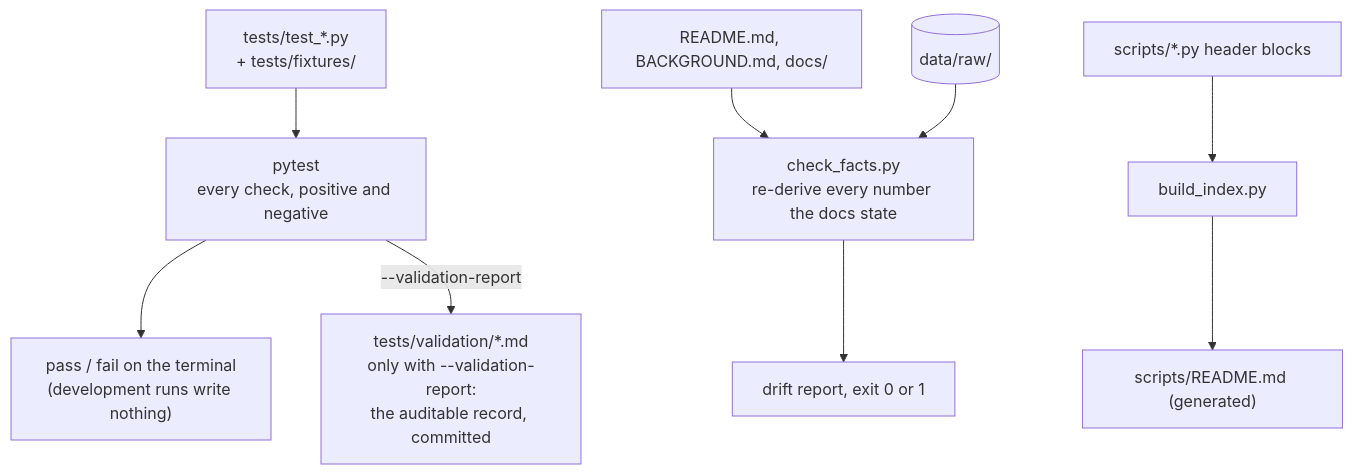
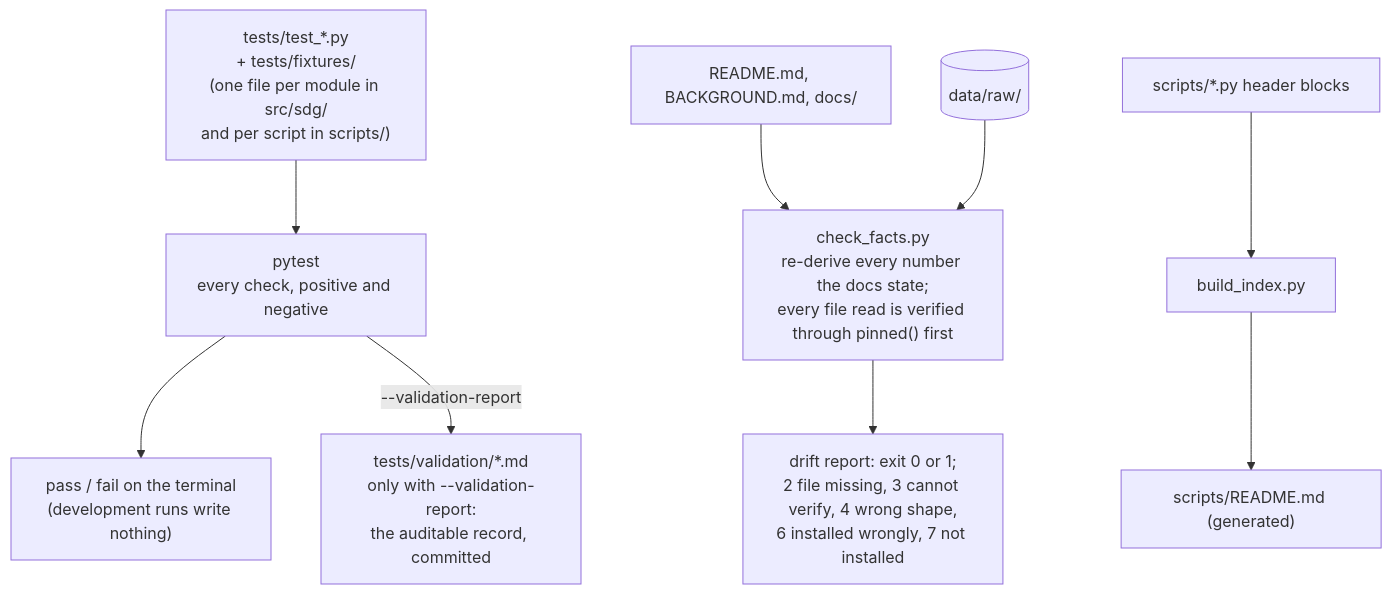
Before and after one commit to delos001/study-definition-graph: the fourth of 4 diagrams in docs/code_map.md, drawn with Mermaid. The commit also changed other lines of this file and 2 other files, not shown here.

````diff
--- a/docs/code_map.md
+++ b/docs/code_map.md
@@ -95,23 +95,23 @@
 ```mermaid
 flowchart TD
-    testfiles["tests/test_*.py<br/>+ tests/fixtures/"]
+    testfiles["tests/test_*.py<br/>+ tests/fixtures/<br/>(one file per module in src/sdg/<br/>and per script in scripts/)"]
     pytest["pytest<br/>every check, positive and negative"]
     terminal["pass / fail on the terminal<br/>(development runs write nothing)"]
     record["tests/validation/*.md<br/>only with --validation-report:<br/>the auditable record, committed"]
 
     docs["README.md, BACKGROUND.md, docs/"]
     raw[("data/raw/")]
-    facts["check_facts.py<br/>re-derive every number the docs state"]
-    factsout["drift report, exit 0 or 1"]
+    facts["check_facts.py<br/>re-derive every number the docs state;<br/>every file read is verified through pinned() first"]
+    factsout["drift report: exit 0 or 1;<br/>2 file missing, 3 cannot verify, 4 wrong shape,<br/>6 installed wrongly, 7 not installed"]
 
     headers["scripts/*.py header blocks"]
     index["build_index.py"]
     scriptsreadme["scripts/README.md (generated)"]
 
     testfiles --> pytest --> terminal
     pytest -- "--validation-report" --> record
     docs --> facts
     raw --> facts
     facts --> factsout
     headers --> index --> scriptsreadme
 ```
````
